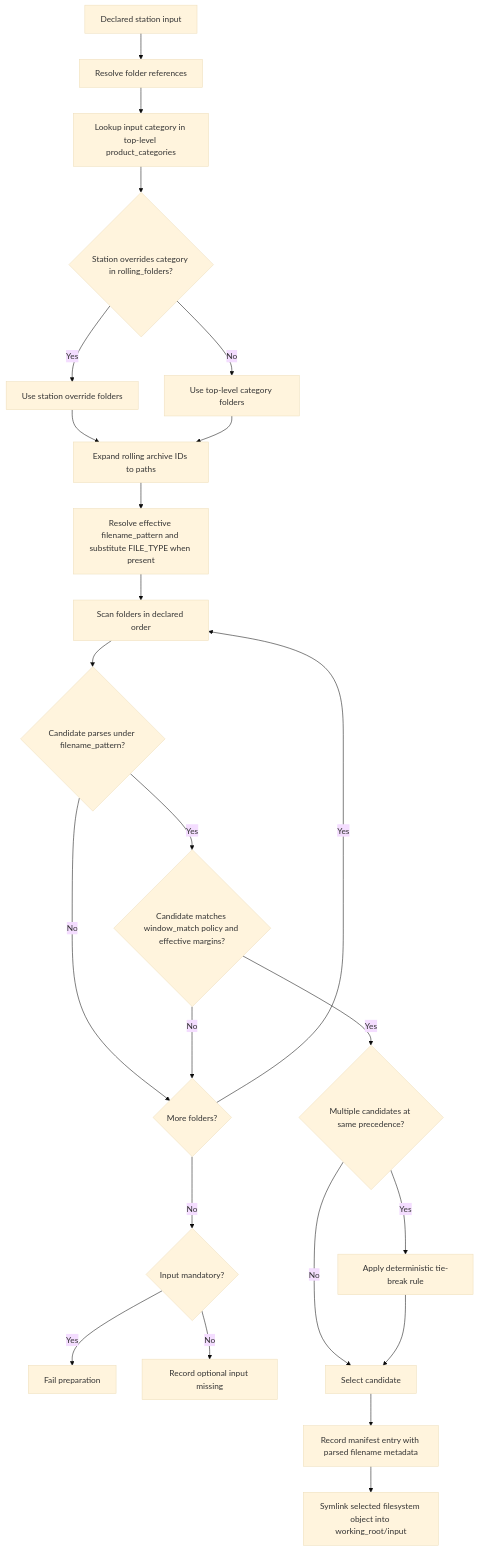
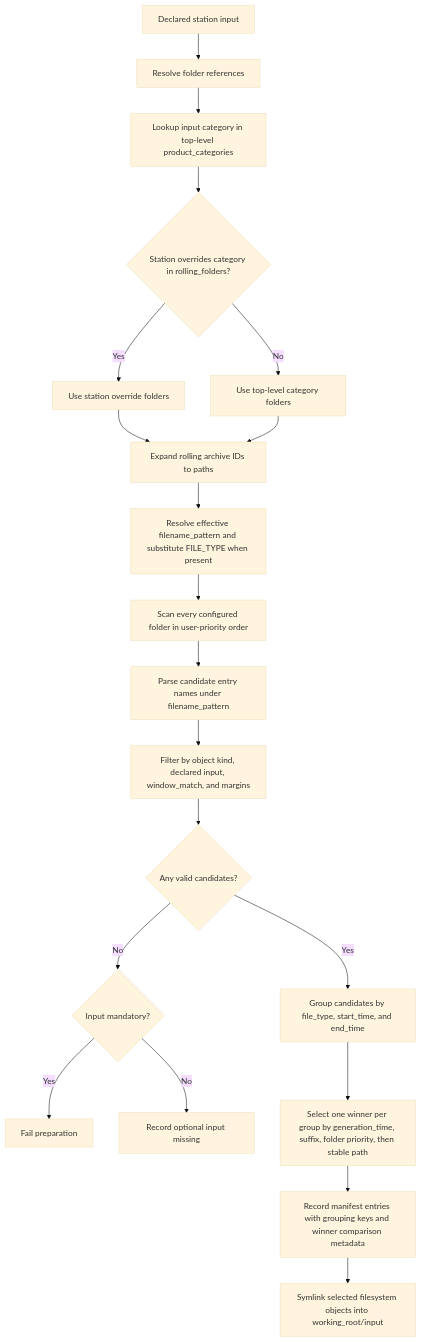
One commit to GoBobr/veriproc changed the first of 5 diagrams in docs/specs/2.system_architecture.md. Above: the diagram before and after it, drawn with Mermaid (base theme). The commit also changed other lines of this file and 5 other files, not shown here.

````diff
--- a/docs/specs/2.system_architecture.md
+++ b/docs/specs/2.system_architecture.md
@@ -396,26 +408,22 @@
 ```mermaid
 flowchart TD
   A[Declared station input] --> B[Resolve folder references]
   B --> C[Lookup input category in top-level product_categories]
   C --> D{Station overrides category in rolling_folders?}
   D -- Yes --> E[Use station override folders]
   D -- No --> F[Use top-level category folders]
   E --> G[Expand rolling archive IDs to paths]
   F --> G
   G --> H[Resolve effective filename_pattern and substitute FILE_TYPE when present]
-  H --> I[Scan folders in declared order]
-  I --> J{Candidate parses under filename_pattern?}
-  J -- No --> K{More folders?}
-  K -- Yes --> I
-  K -- No --> L{Input mandatory?}
-  L -- Yes --> M[Fail preparation]
-  L -- No --> N[Record optional input missing]
-  J -- Yes --> O{Candidate matches window_match policy and effective margins?}
-  O -- No --> K
-  O -- Yes --> P{Multiple candidates at same precedence?}
-  P -- No --> Q[Select candidate]
-  P -- Yes --> R[Apply deterministic tie-break rule]
-  R --> Q
-  Q --> S[Record manifest entry with parsed filename metadata]
-  S --> T[Symlink selected filesystem object into working_root/input]
+  H --> I[Scan every configured folder in user-priority order]
+  I --> J[Parse candidate entry names under filename_pattern]
+  J --> K[Filter by object kind, declared input, window_match, and margins]
+  K --> L{Any valid candidates?}
+  L -- No --> M{Input mandatory?}
+  M -- Yes --> N[Fail preparation]
+  M -- No --> O[Record optional input missing]
+  L -- Yes --> P[Group candidates by file_type, start_time, and end_time]
+  P --> Q[Select one winner per group by generation_time, suffix, folder priority, then stable path]
+  Q --> R[Record manifest entries with grouping keys and winner comparison metadata]
+  R --> S[Symlink selected filesystem objects into working_root/input]
 ```
````
